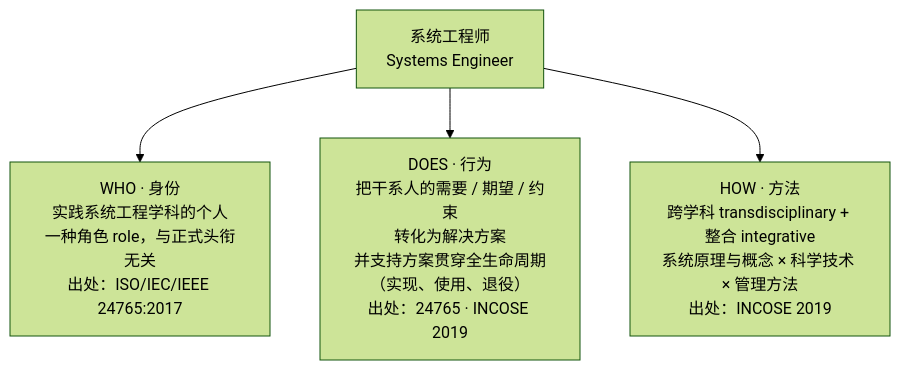
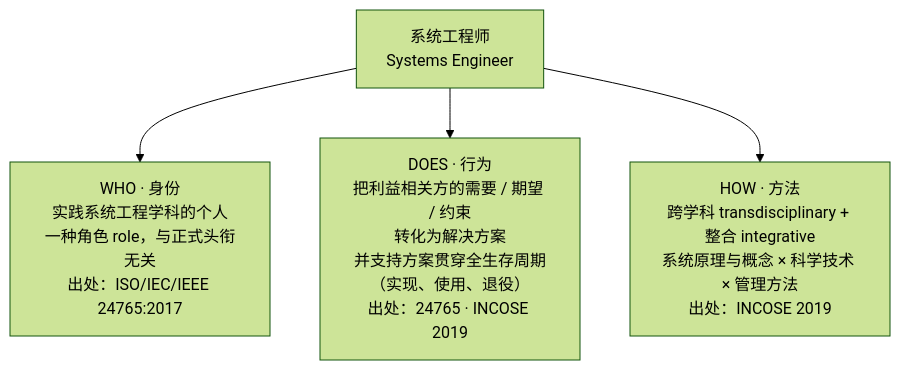
One commit to Yongjunzhou/AOS-system-design changed the first of 21 diagrams in 100-subprojects/01-系统工程研究/00-系统工程相关研究报告/13-工程角色谱系研究报告-从模块工程师到系统架构师.md. Above: the diagram before and after it, drawn with Mermaid (forest theme). The commit also changed other lines of this file and 38 other files, not shown here.

````diff
--- a/100-subprojects/01-系统工程研究/00-系统工程相关研究报告/13-工程角色谱系研究报告-从模块工程师到系统架构师.md
+++ b/100-subprojects/01-系统工程研究/00-系统工程相关研究报告/13-工程角色谱系研究报告-从模块工程师到系统架构师.md
@@ -82,6 +104,6 @@
 ```mermaid
 flowchart TD
     A["系统工程师<br/>Systems Engineer"] --> B["WHO · 身份<br/>实践系统工程学科的个人<br/>一种角色 role，与正式头衔无关<br/>出处：ISO/IEC/IEEE 24765:2017"]
-    A --> C["DOES · 行为<br/>把干系人的需要 / 期望 / 约束<br/>转化为解决方案<br/>并支持方案贯穿全生命周期（实现、使用、退役）<br/>出处：24765 · INCOSE 2019"]
+    A --> C["DOES · 行为<br/>把利益相关方的需要 / 期望 / 约束<br/>转化为解决方案<br/>并支持方案贯穿全生存周期（实现、使用、退役）<br/>出处：24765 · INCOSE 2019"]
     A --> D["HOW · 方法<br/>跨学科 transdisciplinary + 整合 integrative<br/>系统原理与概念 × 科学技术 × 管理方法<br/>出处：INCOSE 2019"]
 ```
````
